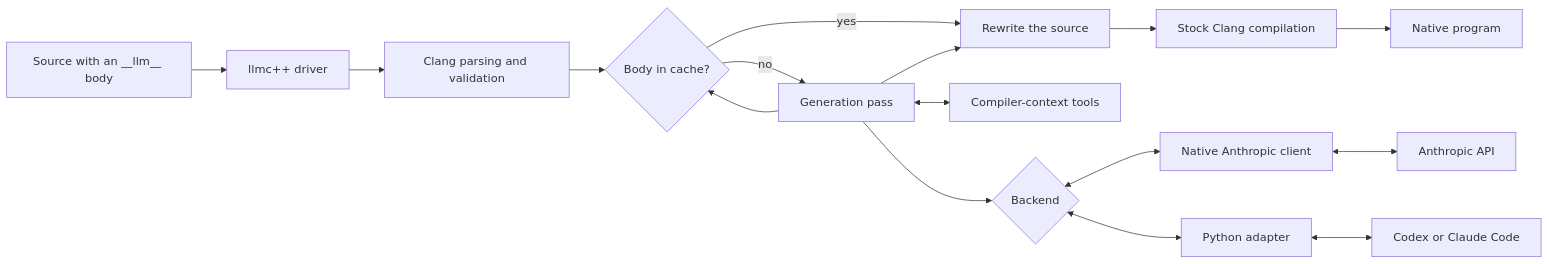
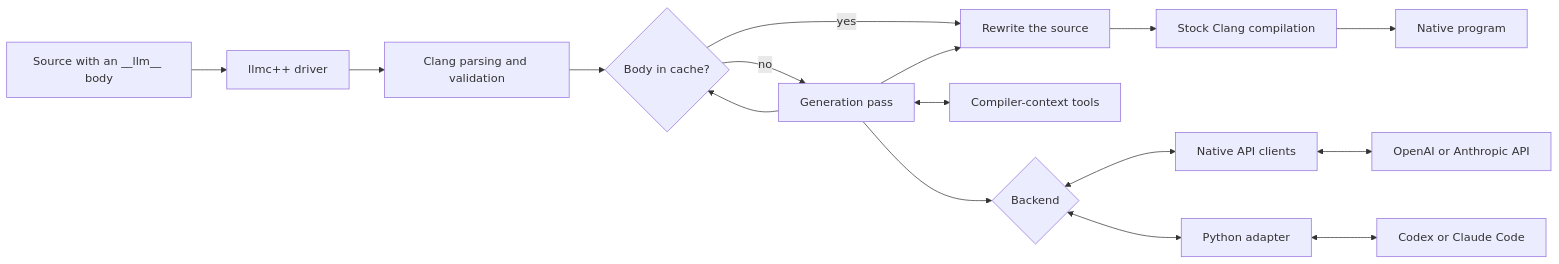
The diagram in docs/how_llm_compilation_works.md (yanevskiv/llmcpp), drawn with Mermaid before and after one commit. The commit also changed other lines of this file and 13 other files, not shown here.

Commit message:
Add native OpenAI API support

````diff
--- a/docs/how_llm_compilation_works.md
+++ b/docs/how_llm_compilation_works.md
@@ -7,18 +7,18 @@
 ```mermaid
 flowchart LR
     Source[Source with an __llm__ body] --> Driver[llmc++ driver]
     Driver --> Parse[Clang parsing and validation]
     Parse --> Cache{Body in cache?}
     Cache -- yes --> Rewrite[Rewrite the source]
     Cache -- no --> Generate[Generation pass]
     Generate <--> Context[Compiler-context tools]
     Generate --> Backend{Backend}
-    Backend <--> Native[Native Anthropic client]
+    Backend <--> Native[Native API clients]
     Backend <--> Adapter[Python adapter]
-    Native <--> Anthropic[Anthropic API]
+    Native <--> APIs[OpenAI or Anthropic API]
     Adapter <--> CLI[Codex or Claude Code]
     Generate --> Cache
     Generate --> Rewrite
     Rewrite --> Clang[Stock Clang compilation]
     Clang --> Program[Native program]
 ```
````
